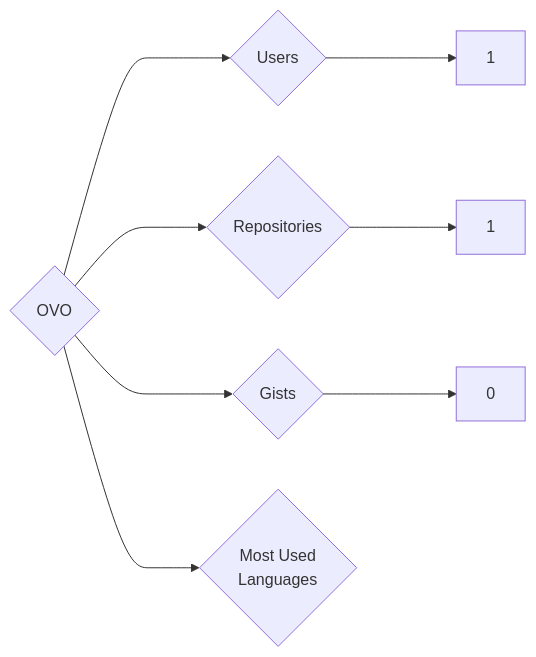
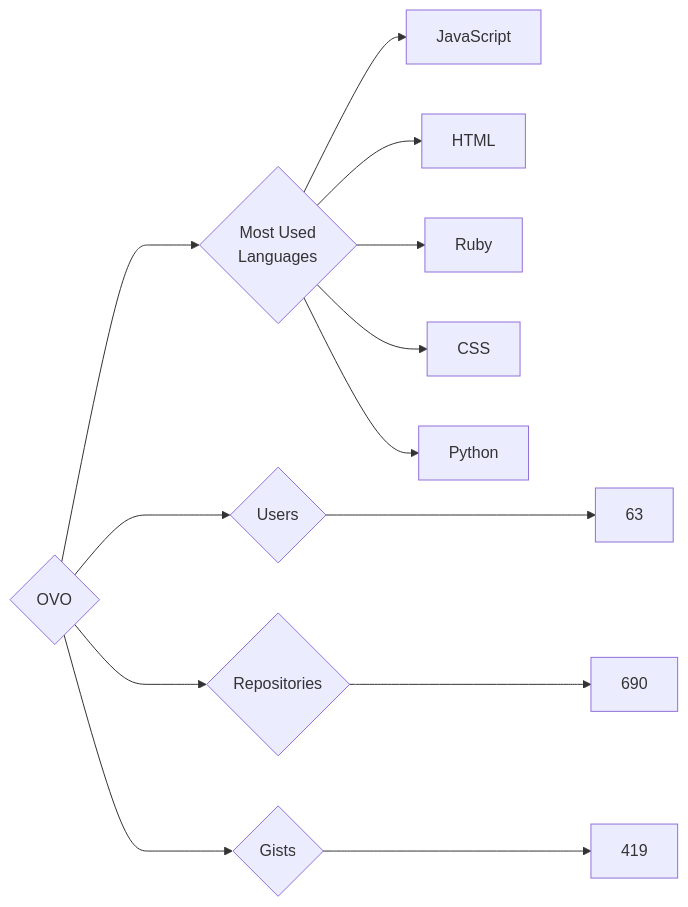
The diagram in targets/OVO/README.md (trickest/insiders), drawn with Mermaid before and after one commit. The commit also changed 1055 other files, not shown here.

````diff
--- a/targets/OVO/README.md
+++ b/targets/OVO/README.md
@@ -3,8 +3,13 @@
 ```mermaid
 graph LR
 COMPANY_NAME{OVO}
-COMPANY_NAME ---> U{Users} ---> UN[1]
-COMPANY_NAME ---> R{Repositories} ---> RN[1]
-COMPANY_NAME ---> G{Gists} ---> GN[0]
+COMPANY_NAME ---> U{Users} ---> UN[63]
+COMPANY_NAME ---> R{Repositories} ---> RN[690]
+COMPANY_NAME ---> G{Gists} ---> GN[419]
 COMPANY_NAME ---> ML{Most Used<br>Languages}
+ML --> JavaScript[JavaScript]
+ML --> HTML[HTML]
+ML --> Ruby[Ruby]
+ML --> CSS[CSS]
+ML --> Python[Python]
 ```
````
